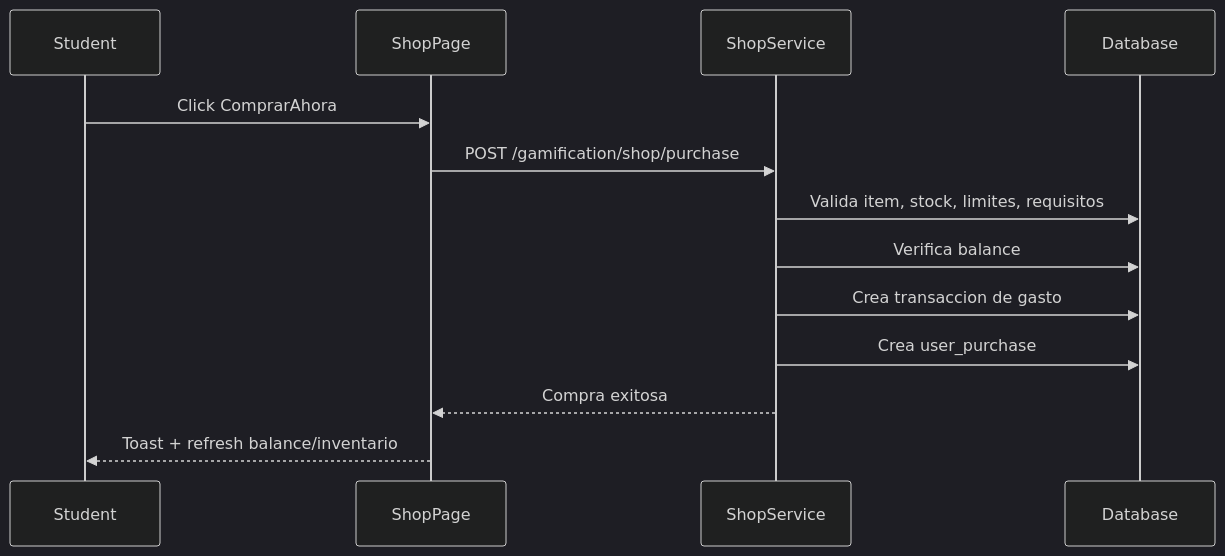
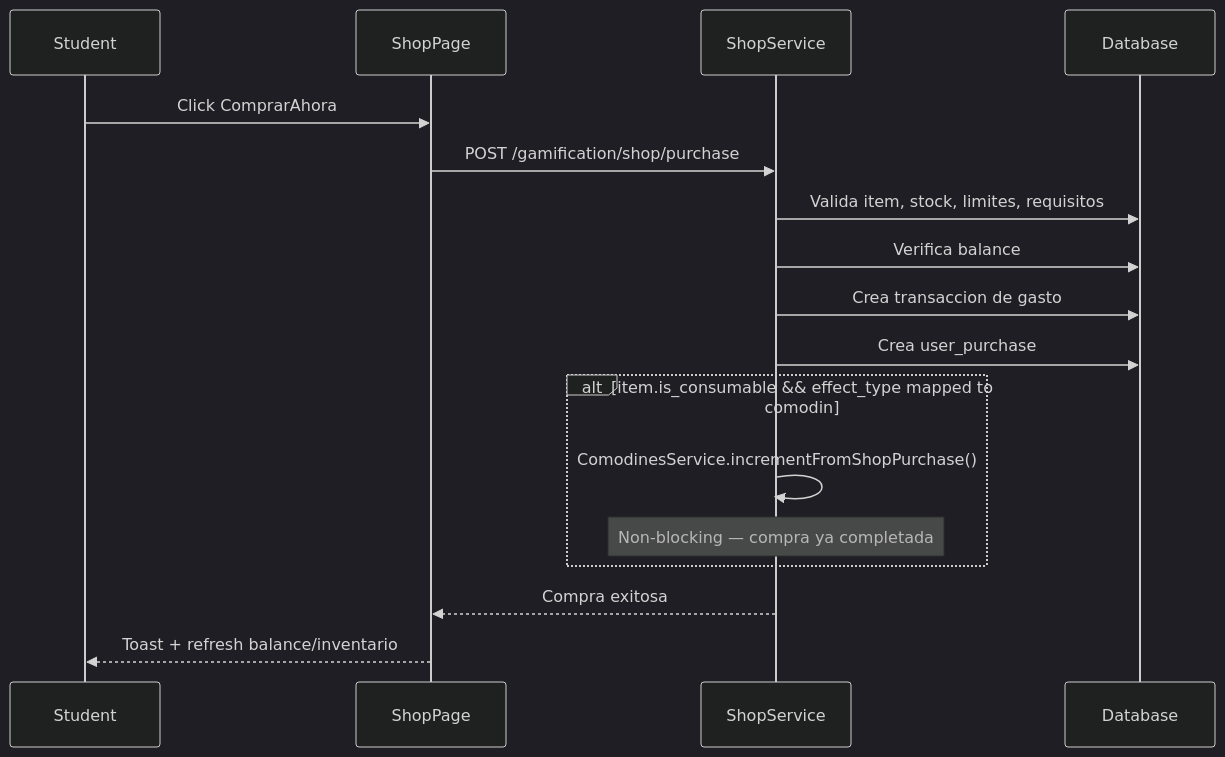
Before and after one commit to rckrdmrd/gamilit-workspace: the diagram in docs/30-ux-ui/flujos/student/FLUJO-TIENDA-COMPRA.md, drawn with Mermaid (dark theme). The commit also changed other lines of this file and 59 other files, not shown here.

````diff
--- a/docs/30-ux-ui/flujos/student/FLUJO-TIENDA-COMPRA.md
+++ b/docs/30-ux-ui/flujos/student/FLUJO-TIENDA-COMPRA.md
@@ -25,16 +25,20 @@
 ```mermaid
 sequenceDiagram
     participant S as Student
     participant FE as ShopPage
     participant BE as ShopService
     participant DB as Database
 
     S->>FE: Click ComprarAhora
     FE->>BE: POST /gamification/shop/purchase
     BE->>DB: Valida item, stock, limites, requisitos
     BE->>DB: Verifica balance
     BE->>DB: Crea transaccion de gasto
     BE->>DB: Crea user_purchase
+    alt item.is_consumable && effect_type mapped to comodin
+        BE->>BE: ComodinesService.incrementFromShopPurchase()
+        Note over BE: Non-blocking — compra ya completada
+    end
     BE-->>FE: Compra exitosa
     FE-->>S: Toast + refresh balance/inventario
 ```
````
